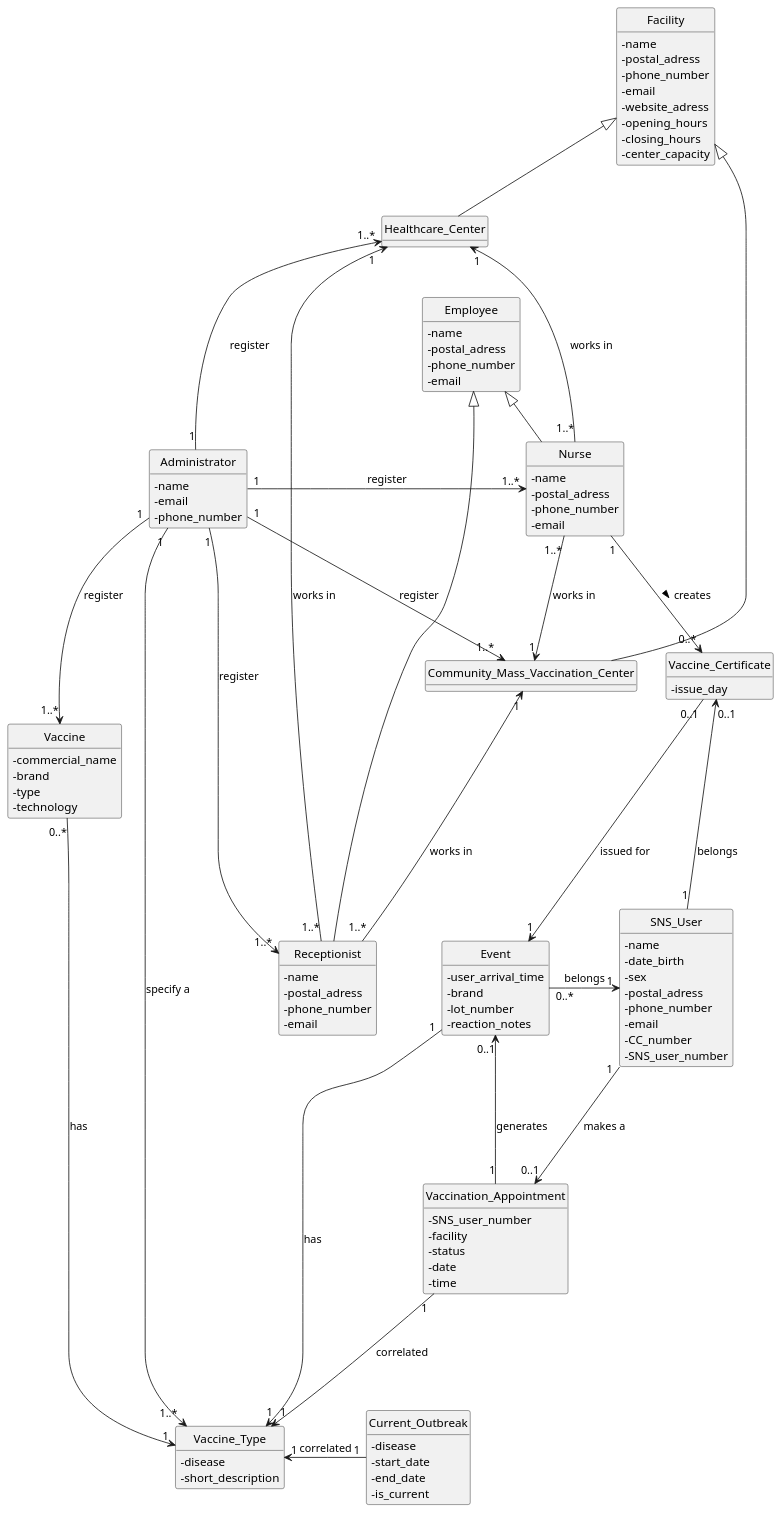
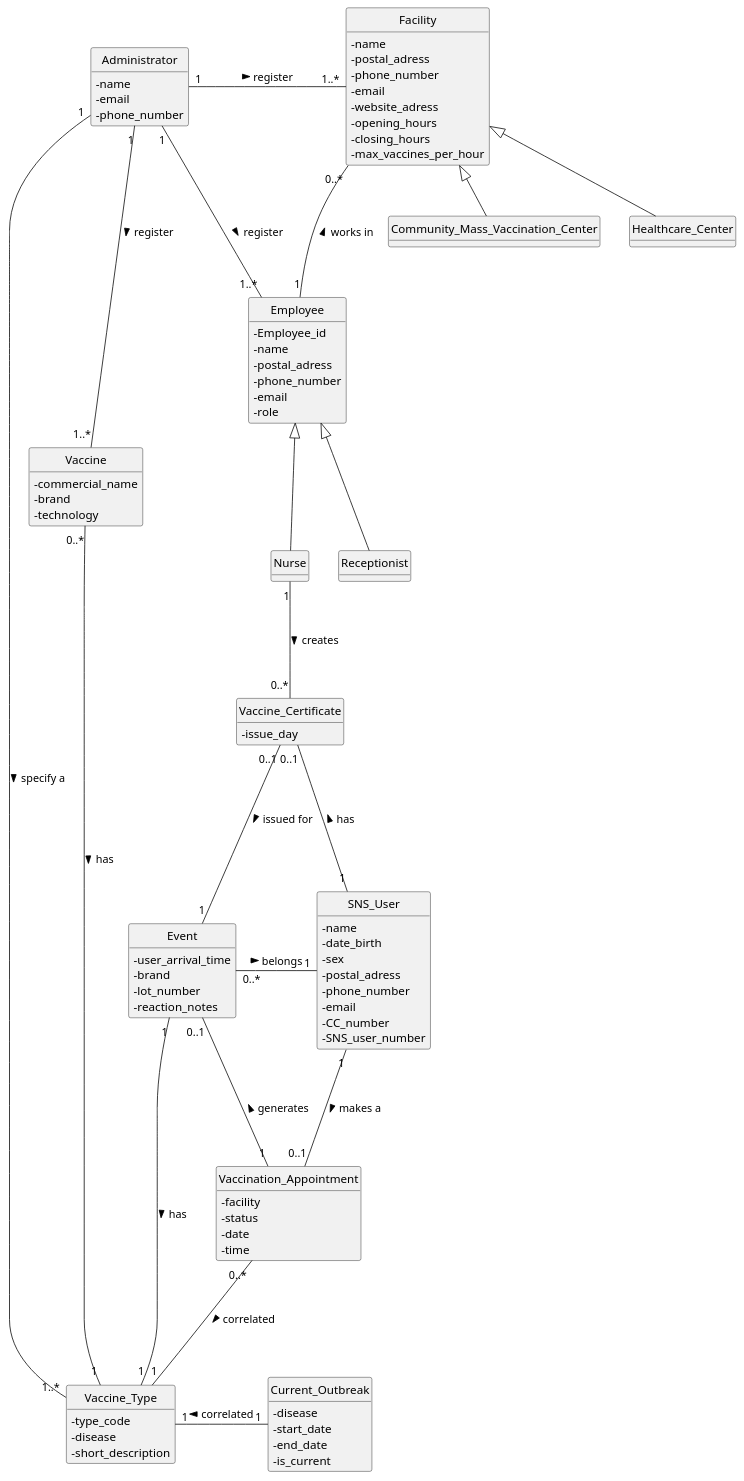
One commit to Parafita123/leti-esoft-25-26-B1 changed the diagram in docs/Sprint1/system-documentation/global-artifacts/puml/DM.puml. Above: the diagram before and after it, drawn with PlantUML. The commit also changed 8 other files, not shown here.

```diff
--- a/docs/Sprint1/system-documentation/global-artifacts/puml/DM.puml
+++ b/docs/Sprint1/system-documentation/global-artifacts/puml/DM.puml
@@ -1,152 +1,141 @@
 @startuml
 'https://plantuml.com/class-diagram
 skinparam classAttributeIconSize 0
 hide circle
 hide methods
 
 
 
 class Vaccine {
     - commercial_name
     - brand
-    - type
     - technology
 }
 
 class Vaccine_Type {
+    - type_code
     - disease
     - short_description
 }
 
 class Facility {
     - name
     - postal_adress
     - phone_number
     - email
     - website_adress
     - opening_hours
     - closing_hours
-    - center_capacity
+    - max_vaccines_per_hour
 }
 
 class Employee {
+    - Employee_id
     - name
     - postal_adress
     - phone_number
     - email
+    - role
 }
 
 
 class SNS_User {
     - name
     - date_birth
     - sex
     - postal_adress
     - phone_number
     - email
     - CC_number
     - SNS_user_number
 }
 
 
 
 class Vaccination_Appointment {
-    - SNS_user_number
     - facility
     - status
     - date
     - time
 }
 
 class Current_Outbreak {
     - disease
     - start_date
     - end_date
     - is_current
 }
 
 class Community_Mass_Vaccination_Center {
 }
 
 class Healthcare_Center {
 }
 
 class Nurse {
-    - name
-    - postal_adress
-    - phone_number
-    - email
+
 }
 
 class Receptionist {
-    - name
-    - postal_adress
-    - phone_number
-    - email
+
 }
 
 class Event {
     - user_arrival_time
     - brand
     - lot_number
     - reaction_notes
 }
 
 class Administrator {
     - name
     - email
     - phone_number
 }
 
 class Vaccine_Certificate {
     - issue_day
 }
 
 Employee <|-- Nurse
 Employee <|-- Receptionist
 
 Facility <|-- Community_Mass_Vaccination_Center
 Facility <|-- Healthcare_Center
 
-Administrator "1" -right--> "1..*" Nurse: register
+Employee "1" -up-- "0..*" Facility : works in >
 
-Administrator "1" -left--> "1..*" Receptionist: register
+Administrator "1" -right-- "1..*" Employee: register >
 
-Administrator "1" -down--> "1..*" Vaccine: register
+Administrator "1" -down-- "1..*" Vaccine: register >
 
-Administrator "1" -right--> "1..*" Community_Mass_Vaccination_Center: register
+Administrator "1" -right-- "1..*" Facility: register >
 
-Administrator "1" -up--> "1..*" Healthcare_Center: register
+Administrator "1" -down-- "1..*" Vaccine_Type: specify a >
 
-Administrator "1" -down--> "1..*" Vaccine_Type: specify a
+SNS_User "1" -down-- "0..1" Vaccination_Appointment: makes a >
 
-SNS_User "1" -down--> "0..1" Vaccination_Appointment: makes a
 
-Nurse "1..*" -down--> "1" Community_Mass_Vaccination_Center:works in
-Nurse "1..*" -left--> "1" Healthcare_Center:works in
 
-Receptionist "1..*" -up--> "1" Community_Mass_Vaccination_Center:works in
-Receptionist "1..*" -up--> "1" Healthcare_Center:works in
+Current_Outbreak "1" -left-- "1" Vaccine_Type: correlated >
 
-Current_Outbreak "1" -left--> "1" Vaccine_Type: correlated
+Vaccine "0..*" -right-- "1" Vaccine_Type: has >
 
-Vaccine "0..*" -right--> "1" Vaccine_Type: has
+Nurse "1" -down-- "0..*" Vaccine_Certificate: creates >
 
-Nurse "1" -down--> "0..*" Vaccine_Certificate: creates >
+Vaccine_Certificate "0..1" -down-- "1" Event: issued for >
 
-Vaccine_Certificate "0..1" -down--> "1" Event: issued for
+Vaccination_Appointment "0..*" -down-- "1" Vaccine_Type: correlated >
 
-Vaccination_Appointment "1" -down--> "1" Vaccine_Type: correlated
+Vaccination_Appointment "1" -up-- "0..1" Event: generates >
 
-Vaccination_Appointment "1" -up--> "0..1" Event: generates
+Event "0..*" -right-- "1" SNS_User: belongs >
 
-Event "0..*" -right--> "1" SNS_User: belongs
+Event "1" -down-- "1" Vaccine_Type:has >
 
-Event "1" -down--> "1" Vaccine_Type:has
-
-SNS_User "1"  -left--> "0..1" Vaccine_Certificate: belongs
+SNS_User "1"  -left-- "0..1" Vaccine_Certificate: has >
 
 
 
 
 @enduml
```
